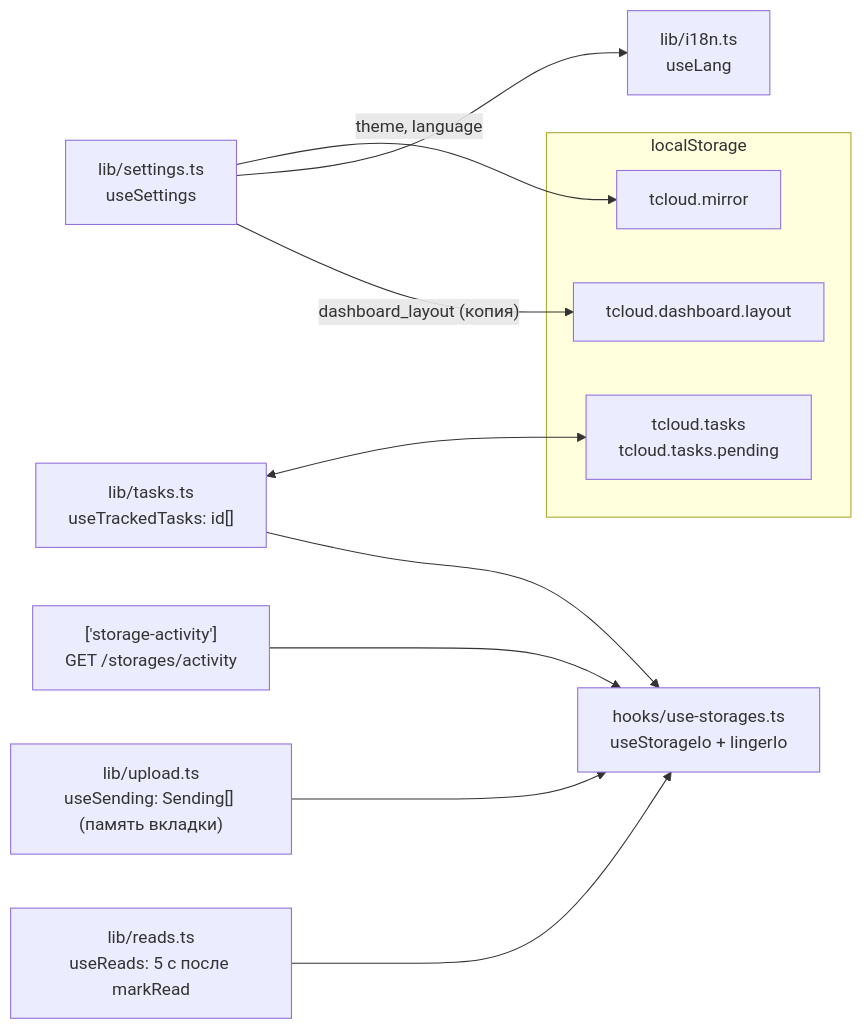
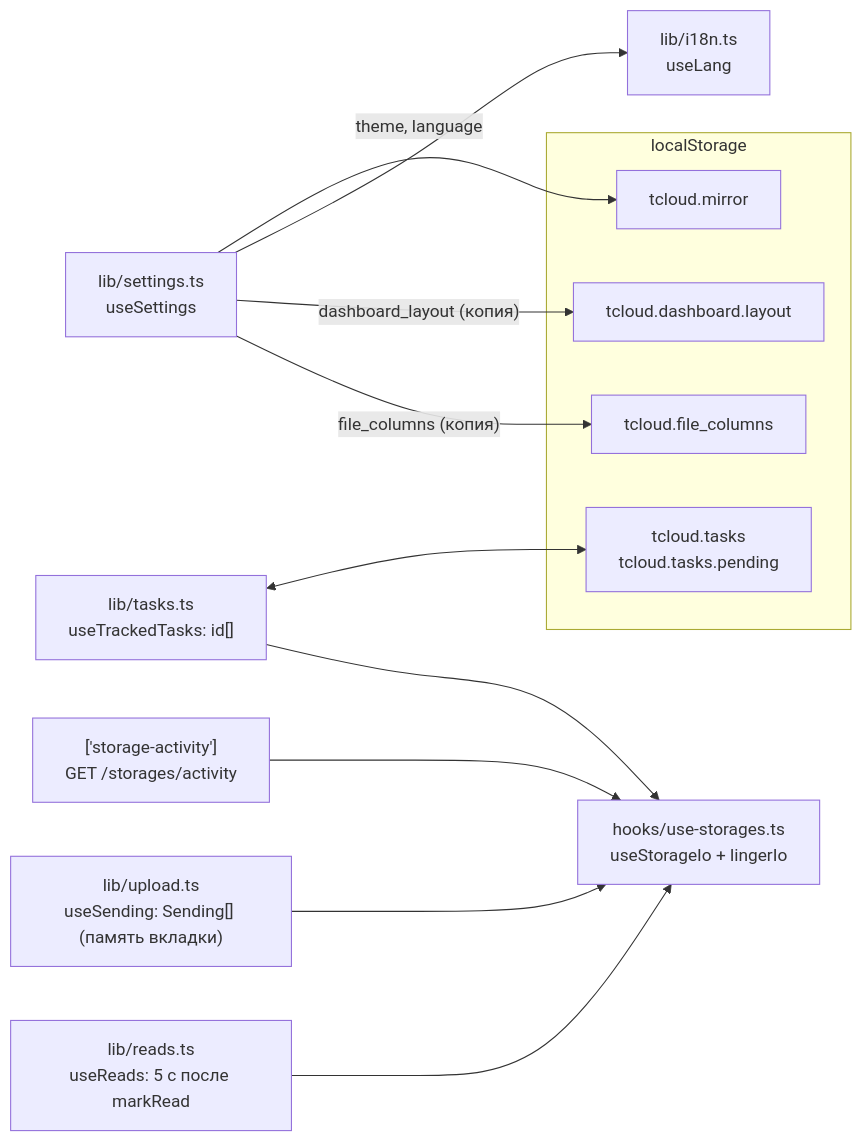
One commit to NikitkaZXC/tcloud-frontend changed the second of 5 diagrams in docs/data-flow.md. Above: the diagram before and after it, drawn with Mermaid. The commit also changed other lines of this file and 11 other files, not shown here.

````diff
--- a/docs/data-flow.md
+++ b/docs/data-flow.md
@@ -101,20 +101,22 @@
 ```mermaid
 flowchart LR
     subgraph ls["localStorage"]
         tasksLs["tcloud.tasks<br/>tcloud.tasks.pending"]
         mirror["tcloud.mirror"]
         layout["tcloud.dashboard.layout"]
+        cols["tcloud.file_columns"]
     end
     settings["lib/settings.ts<br/>useSettings"] -- "theme, language" --> mirror
     tasks["lib/tasks.ts<br/>useTrackedTasks: id[]"] <--> tasksLs
     sending["lib/upload.ts<br/>useSending: Sending[] (память вкладки)"]
     reads["lib/reads.ts<br/>useReads: 5 с после markRead"]
     lang["lib/i18n.ts<br/>useLang"]
     io["hooks/use-storages.ts<br/>useStorageIo + lingerIo"]
     srvIo["['storage-activity']<br/>GET /storages/activity"] --> io
     sending --> io
     tasks --> io
     reads --> io
     settings --> lang
     settings -- "dashboard_layout (копия)" --> layout
+    settings -- "file_columns (копия)" --> cols
 ```
````
